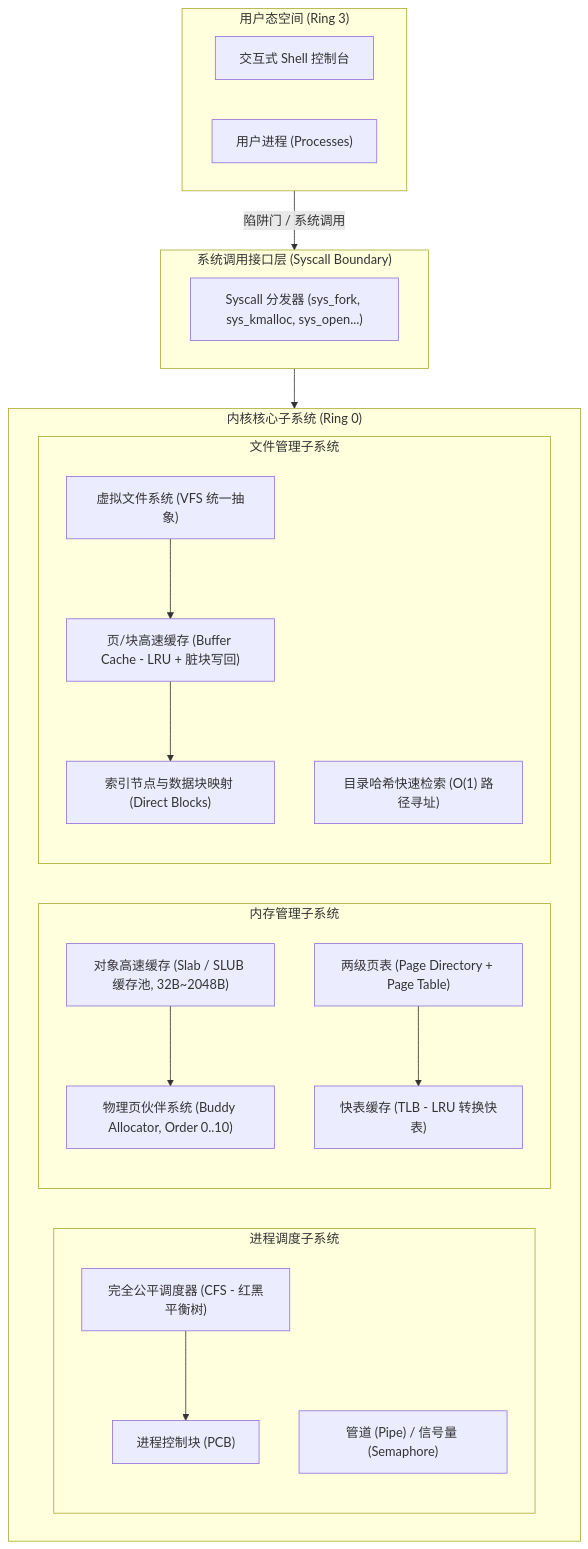
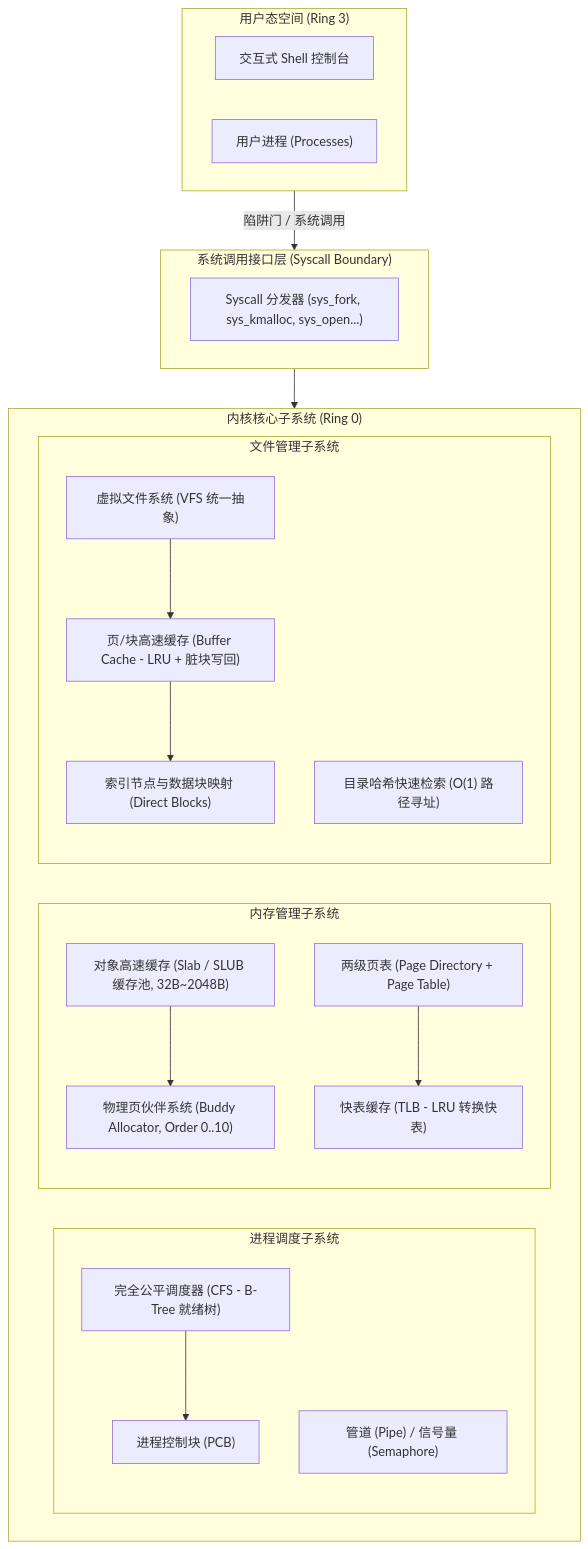
The diagram in README.md (Flowsink666/System), drawn with Mermaid before and after one commit. The commit also changed other lines of this file and 27 other files, not shown here.

````diff
--- a/README.md
+++ b/README.md
@@ -9,41 +9,41 @@
 ```mermaid
 flowchart TD
     subgraph UserSpace ["用户态空间 (Ring 3)"]
         Shell["交互式 Shell 控制台"]
         Proc["用户进程 (Processes)"]
     end
 
     subgraph SyscallLayer ["系统调用接口层 (Syscall Boundary)"]
         Dispatcher["Syscall 分发器 (sys_fork, sys_kmalloc, sys_open...)"]
     end
 
     subgraph KernelCore ["内核核心子系统 (Ring 0)"]
         subgraph SchedSubsystem ["进程调度子系统"]
             PCB["进程控制块 (PCB)"]
-            CFS["完全公平调度器 (CFS - 红黑平衡树)"]
+            CFS["完全公平调度器 (CFS - B-Tree 就绪树)"]
             IPC["管道 (Pipe) / 信号量 (Semaphore)"]
         end
 
         subgraph MMSubsystem ["内存管理子系统"]
             Buddy["物理页伙伴系统 (Buddy Allocator, Order 0..10)"]
             Slab["对象高速缓存 (Slab / SLUB 缓存池, 32B~2048B)"]
             PageTable["两级页表 (Page Directory + Page Table)"]
             TLB["快表缓存 (TLB - LRU 转换快表)"]
         end
 
         subgraph FSSubsystem ["文件管理子系统"]
             VFS["虚拟文件系统 (VFS 统一抽象)"]
             BufCache["页/块高速缓存 (Buffer Cache - LRU + 脏块写回)"]
             Inode["索引节点与数据块映射 (Direct Blocks)"]
             Dentry["目录哈希快速检索 (O(1) 路径寻址)"]
         end
     end
 
     UserSpace -->|陷阱门 / 系统调用| SyscallLayer
     SyscallLayer --> KernelCore
     CFS --> PCB
     Slab --> Buddy
     PageTable --> TLB
     VFS --> BufCache
     BufCache --> Inode
 ```
````
